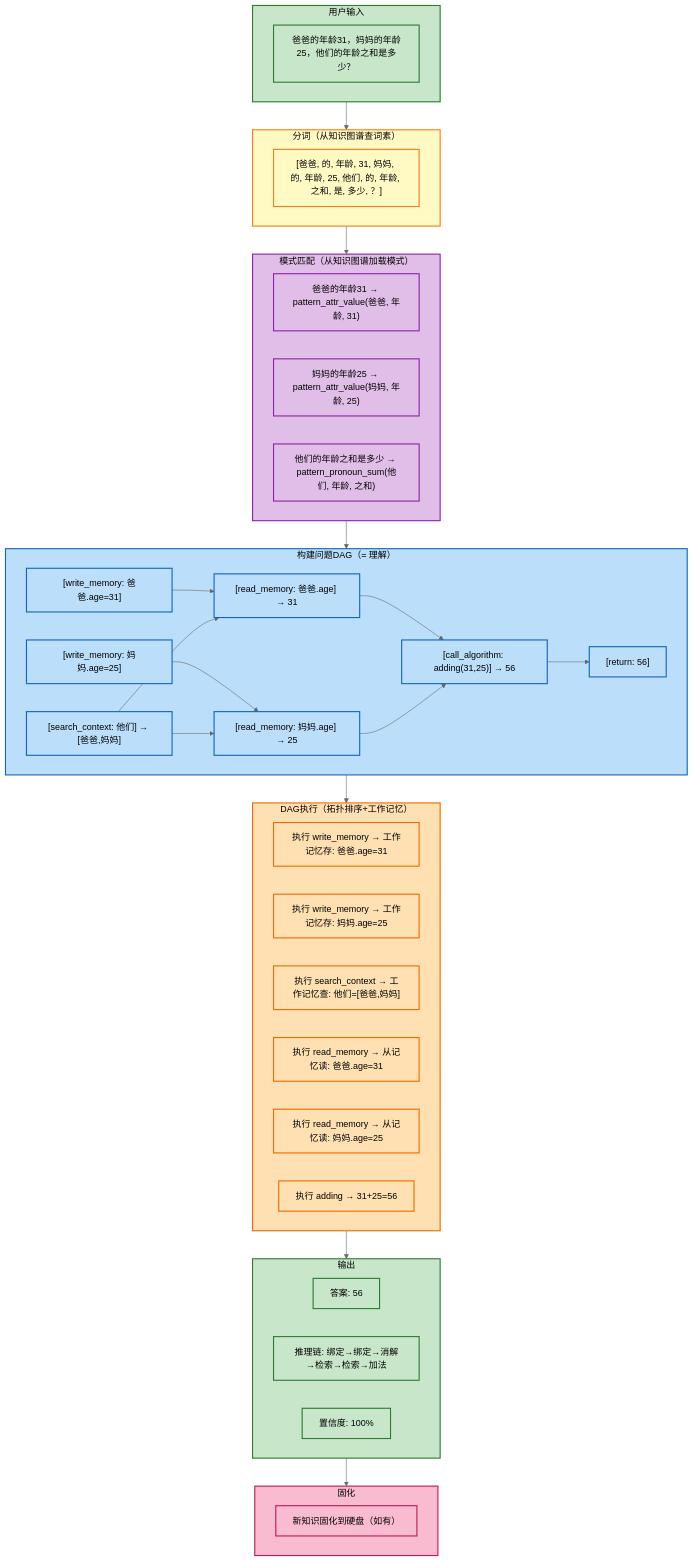
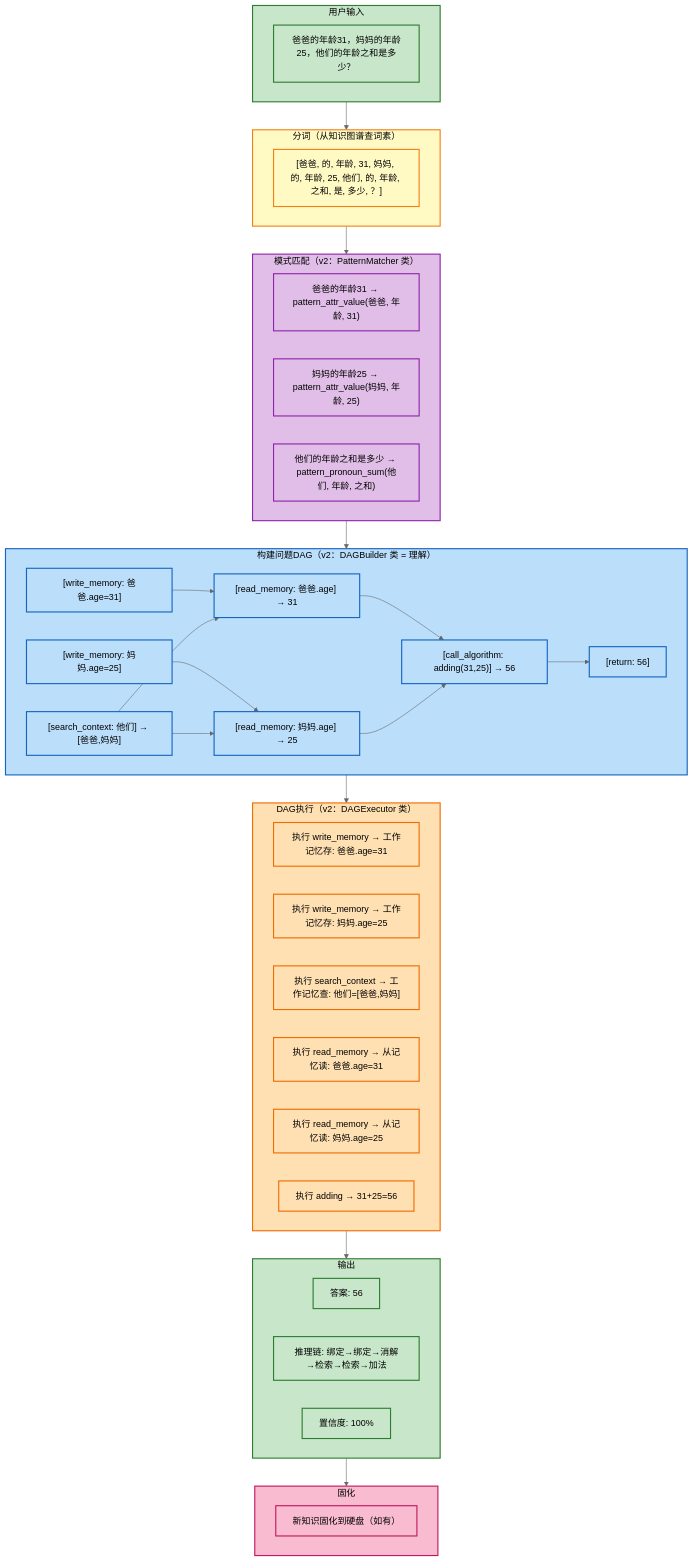
One commit to weidong-qinfeng/small_world changed the eighth of 9 diagrams in doc/数字大脑/架构设计.md. Above: the diagram before and after it, drawn with Mermaid (neutral theme). The commit also changed other lines of this file, not shown here.

````diff
--- a/doc/数字大脑/架构设计.md
+++ b/doc/数字大脑/架构设计.md
@@ -329,76 +444,76 @@
 ```mermaid
 flowchart TD
     subgraph INPUT["用户输入"]
         Q["爸爸的年龄31，妈妈的年龄25，他们的年龄之和是多少？"]
     end
     
     subgraph TK["分词（从知识图谱查词素）"]
         T1["[爸爸, 的, 年龄, 31, 妈妈, 的, 年龄, 25, 他们, 的, 年龄, 之和, 是, 多少, ？]"]
     end
     
-    subgraph PM["模式匹配（从知识图谱加载模式）"]
+    subgraph PM["模式匹配（v2：PatternMatcher 类）"]
         P1["爸爸的年龄31 → pattern_attr_value(爸爸, 年龄, 31)"]
         P2["妈妈的年龄25 → pattern_attr_value(妈妈, 年龄, 25)"]
         P3["他们的年龄之和是多少 → pattern_pronoun_sum(他们, 年龄, 之和)"]
     end
     
-    subgraph DAG["构建问题DAG（= 理解）"]
+    subgraph DAG["构建问题DAG（v2：DAGBuilder 类 = 理解）"]
         D1["[write_memory: 爸爸.age=31]"]
         D2["[write_memory: 妈妈.age=25]"]
         D3["[search_context: 他们] → [爸爸,妈妈]"]
         D4["[read_memory: 爸爸.age] → 31"]
         D5["[read_memory: 妈妈.age] → 25"]
         D6["[call_algorithm: adding(31,25)] → 56"]
         D7["[return: 56]"]
         
         D1 --> D4
         D2 --> D5
         D3 --> D4
         D3 --> D5
         D4 --> D6
         D5 --> D6
         D6 --> D7
     end
     
-    subgraph EXEC["DAG执行（拓扑排序+工作记忆）"]
+    subgraph EXEC["DAG执行（v2：DAGExecutor 类）"]
         E1["执行 write_memory → 工作记忆存: 爸爸.age=31"]
         E2["执行 write_memory → 工作记忆存: 妈妈.age=25"]
         E3["执行 search_context → 工作记忆查: 他们=[爸爸,妈妈]"]
         E4["执行 read_memory → 从记忆读: 爸爸.age=31"]
         E5["执行 read_memory → 从记忆读: 妈妈.age=25"]
         E6["执行 adding → 31+25=56"]
     end
     
     subgraph OUTPUT["输出"]
         O1["答案: 56"]
         O2["推理链: 绑定→绑定→消解→检索→检索→加法"]
         O3["置信度: 100%"]
     end
     
     subgraph CONSOL["固化"]
         C1["新知识固化到硬盘（如有）"]
     end
     
     INPUT --> TK
     TK --> PM
     PM --> DAG
     DAG --> EXEC
     EXEC --> OUTPUT
     OUTPUT --> CONSOL
     
     classDef input fill:#c8e6c9,stroke:#2e7d32,stroke-width:2px,color:#000
     classDef tokenize fill:#fff9c4,stroke:#f57f17,stroke-width:2px,color:#000
     classDef pattern fill:#e1bee7,stroke:#8e24aa,stroke-width:2px,color:#000
     classDef dag fill:#bbdefb,stroke:#1565c0,stroke-width:2px,color:#000
     classDef exec fill:#ffe0b2,stroke:#ef6c00,stroke-width:2px,color:#000
     classDef output fill:#c8e6c9,stroke:#2e7d32,stroke-width:2px,color:#000
     classDef consol fill:#f8bbd0,stroke:#c2185b,stroke-width:2px,color:#000
     
     class INPUT,Q input
     class TK,T1 tokenize
     class PM,P1,P2,P3 pattern
     class DAG,D1,D2,D3,D4,D5,D6,D7 dag
     class EXEC,E1,E2,E3,E4,E5,E6 exec
     class OUTPUT,O1,O2,O3 output
     class CONSOL,C1 consol
 ```
````
